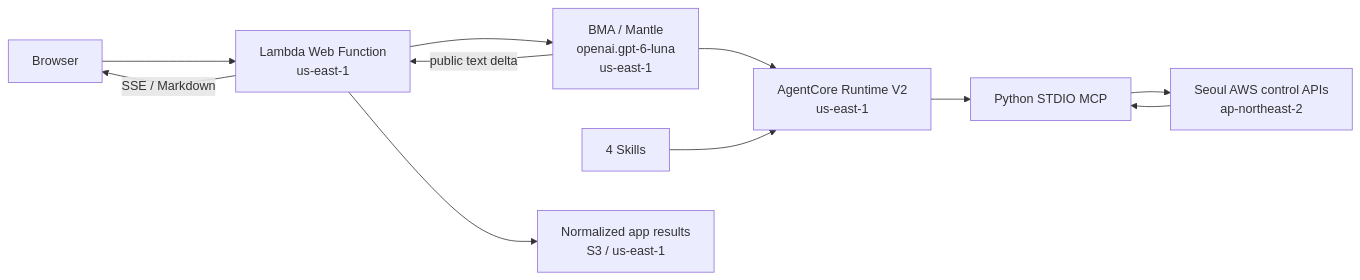
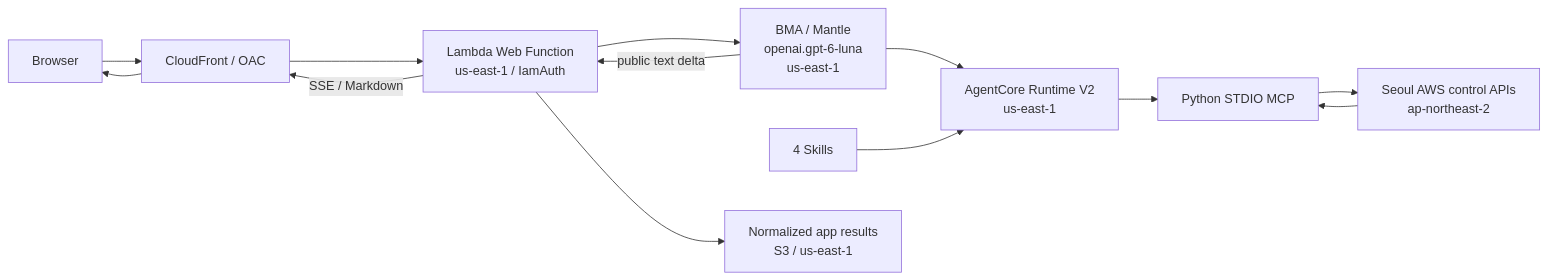
One commit to whchoi98/bma-openai changed the first of 2 diagrams in README.md. Above: the diagram before and after it, drawn with Mermaid. The commit also changed other lines of this file and 38 other files, not shown here.

First line of the commit message:
feat: serve both Web Functions through CloudFront with Lambda Web OAC

````diff
--- a/README.md
+++ b/README.md
@@ -100,13 +108,15 @@
 ```mermaid
 flowchart LR
-  U["Browser"] --> W["Lambda Web Function<br/>us-east-1"]
+  U["Browser"] --> CF["CloudFront / OAC"]
+  CF --> W["Lambda Web Function<br/>us-east-1 / IamAuth"]
   W --> B["BMA / Mantle<br/>openai.gpt-6-luna<br/>us-east-1"]
   B --> R["AgentCore Runtime V2<br/>us-east-1"]
   K["4 Skills"] --> R
   R --> M["Python STDIO MCP"]
   M --> S["Seoul AWS control APIs<br/>ap-northeast-2"]
   S --> M
   B -->|"public text delta"| W
-  W -->|"SSE / Markdown"| U
+  W -->|"SSE / Markdown"| CF
+  CF --> U
   W --> O["Normalized app results<br/>S3 / us-east-1"]
 ```
````
